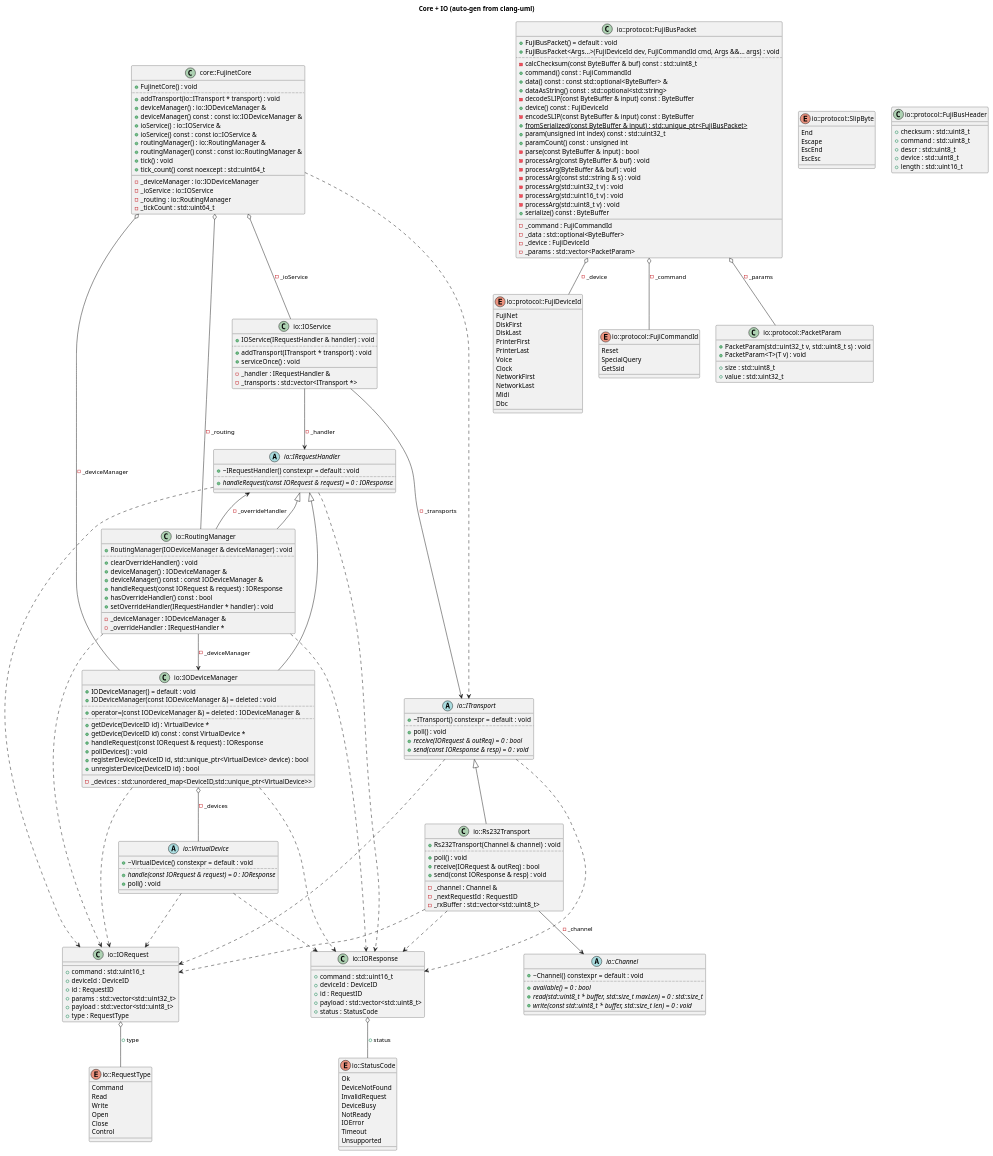
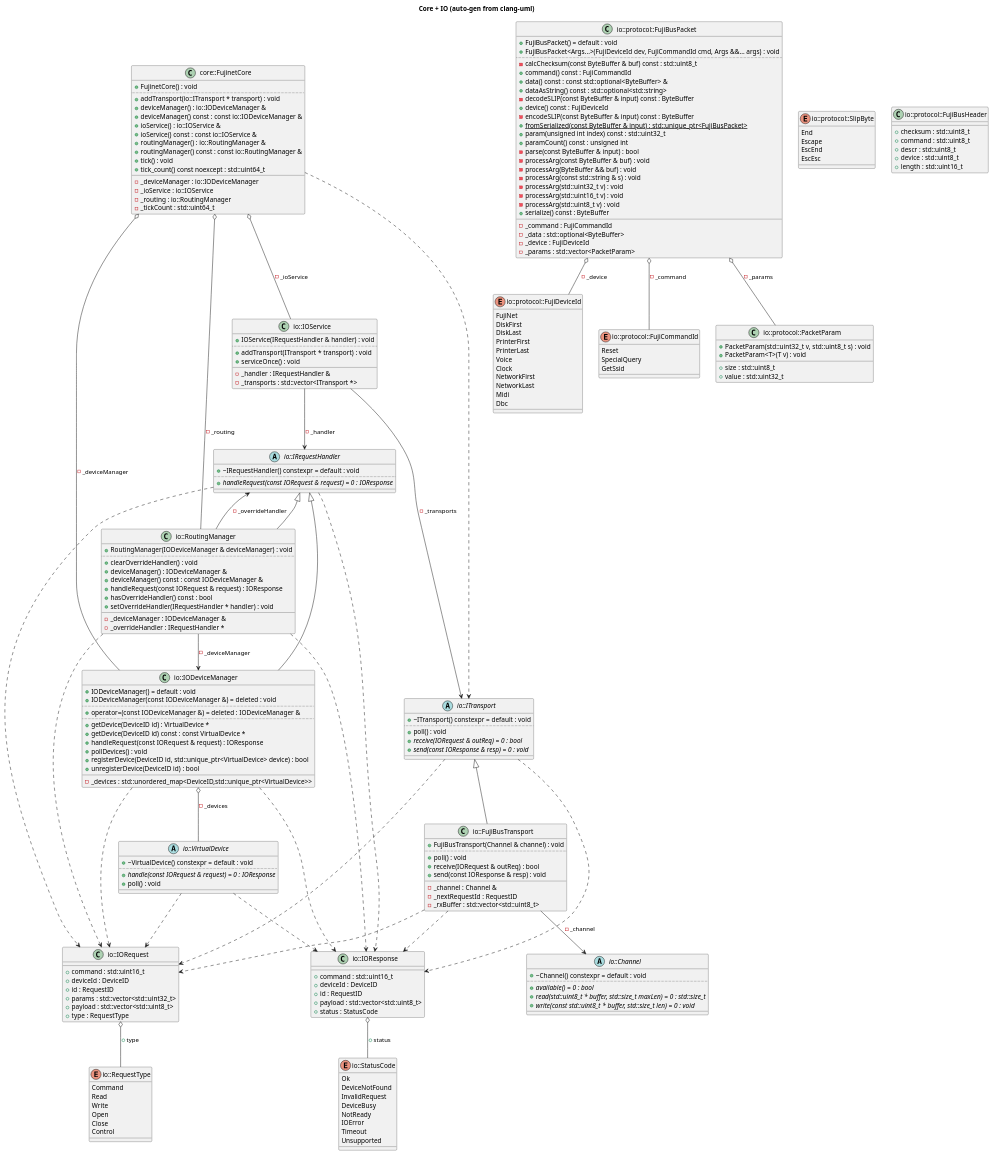
One commit to markjfisher/fujinet-nio changed the diagram in docs/uml/core_io.puml. Above: the diagram before and after it, drawn with PlantUML.

Commit message:
chore: update auto-generated UML diagrams

```diff
--- a/docs/uml/core_io.puml
+++ b/docs/uml/core_io.puml
@@ -185,9 +185,9 @@
 {abstract} +write(const std::uint8_t * buffer, std::size_t len) = 0 : void
 __
 }
-class "io::Rs232Transport" as C_0015782707598099127908
-class C_0015782707598099127908 {
-+Rs232Transport(Channel & channel) : void
+class "io::FujiBusTransport" as C_0003433839086217597071
+class C_0003433839086217597071 {
++FujiBusTransport(Channel & channel) : void
 ..
 +poll() : void
 +receive(IORequest & outReq) : bool
@@ -238,10 +238,10 @@
 C_0005273847708888915350 --> C_0010794218937492142358 : -_deviceManager
 C_0005273847708888915350 --> C_0007350464861923755413 : -_overrideHandler
 C_0007350464861923755413 <|-- C_0005273847708888915350
-C_0015782707598099127908 ..> C_0002386736627821114488
-C_0015782707598099127908 ..> C_0002942984525013396621
-C_0015782707598099127908 --> C_0008542343802949846318 : -_channel
-C_0015529497257294770104 <|-- C_0015782707598099127908
+C_0003433839086217597071 ..> C_0002386736627821114488
+C_0003433839086217597071 ..> C_0002942984525013396621
+C_0003433839086217597071 --> C_0008542343802949846318 : -_channel
+C_0015529497257294770104 <|-- C_0003433839086217597071
 C_0011474842863539673819 ..> C_0015529497257294770104
 C_0011474842863539673819 o-- C_0010794218937492142358 : -_deviceManager
 C_0011474842863539673819 o-- C_0005273847708888915350 : -_routing
```
